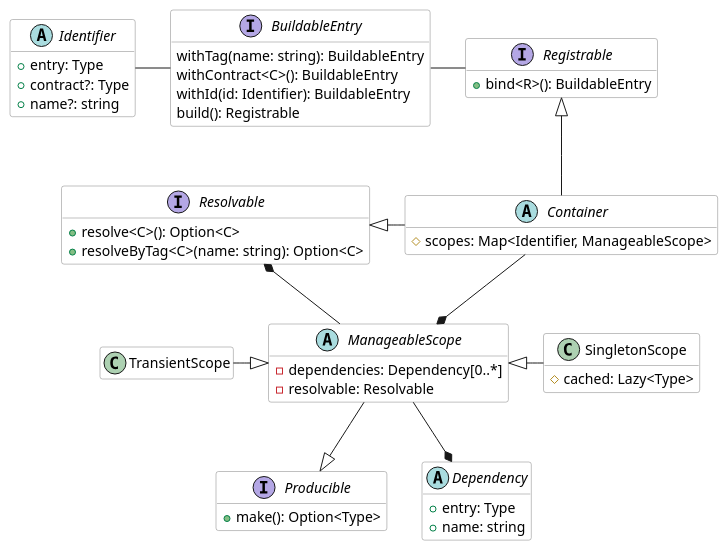
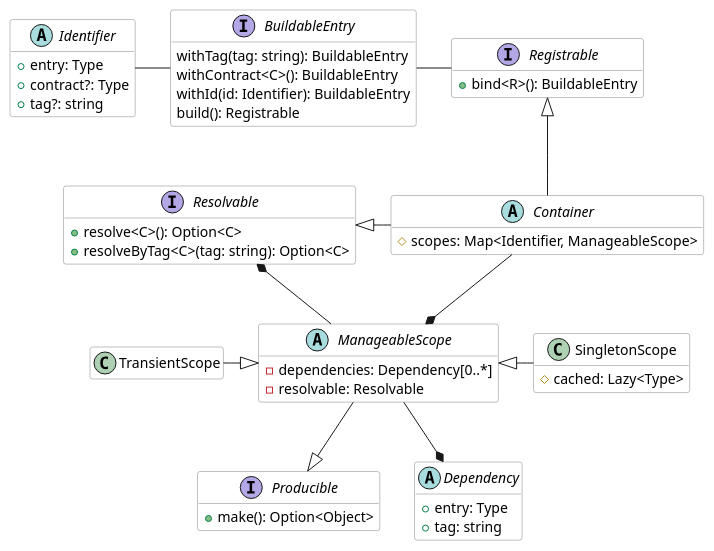
Before and after one commit to andrew-malikov/invoker: the diagram in docs/overview.puml, drawn with PlantUML. The commit also changed 6 other files, not shown here.

```diff
--- a/docs/overview.puml
+++ b/docs/overview.puml
@@ -1,83 +1,83 @@
 @startuml overview
 
 interface Registrable {
     +bind<R>(): BuildableEntry
 }
 
 interface BuildableEntry {
-    withTag(name: string): BuildableEntry
+    withTag(tag: string): BuildableEntry
     withContract<C>(): BuildableEntry
     withId(id: Identifier): BuildableEntry
     build(): Registrable
 }
 
 Registrable -left- BuildableEntry
 BuildableEntry -left- Identifier
 
 abstract class Identifier {
     +entry: Type
     +contract?: Type
-    +name?: string 
+    +tag?: string 
 }
 
 hide Identifier methods
 
 interface Producible {
-    +make(): Option<Type>
+    +make(): Option<Object>
 }
 
 abstract class ManageableScope {
     -dependencies: Dependency[0..*]
     -resolvable: Resolvable
 }
 
 ManageableScope --|> Producible
 ManageableScope --* Resolvable
 hide ManageableScope methods
 
 class SingletonScope {
     #cached: Lazy<Type>
 }
 
 SingletonScope -left-|> ManageableScope
 hide SingletonScope methods
 
 class TransientScope
 
 TransientScope -right-|> ManageableScope
 hide TransientScope fields
 hide TransientScope methods
 
 abstract class Dependency {
     +entry: Type
-    +name: string
+    +tag: string
 }
 
 ManageableScope --* Dependency
 hide Dependency methods
 
 interface Resolvable {
     +resolve<C>(): Option<C>
-    +resolveByTag<C>(name: string): Option<C>
+    +resolveByTag<C>(tag: string): Option<C>
 }
 
 abstract class Container {
     #scopes: Map<Identifier, ManageableScope>
 }
 
 Container -up-|> Registrable
 Container -left-|> Resolvable
 Container --* ManageableScope
 hide Container methods
 
 hide interface fields
 
 skinparam defaultFontName Cascadia Code
 
 skinparam class {
   BackgroundColor White
   ArrowColor Black
   BorderColor Gray
 }
 
 @enduml
```
